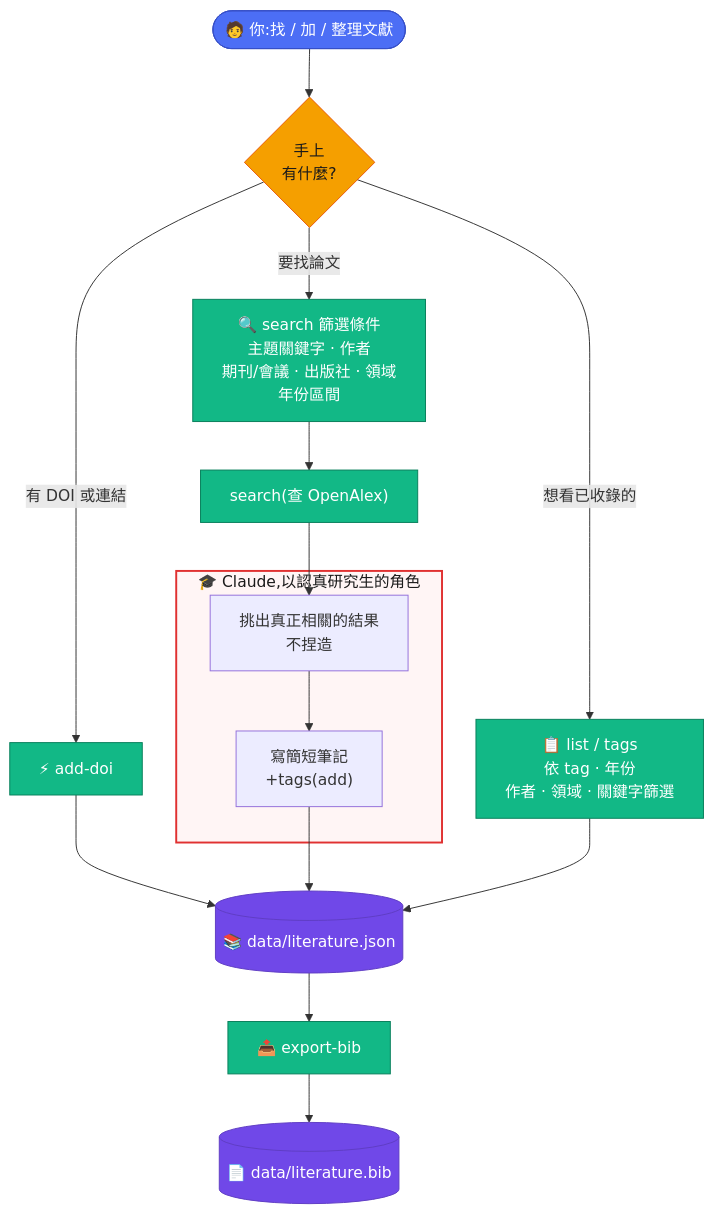
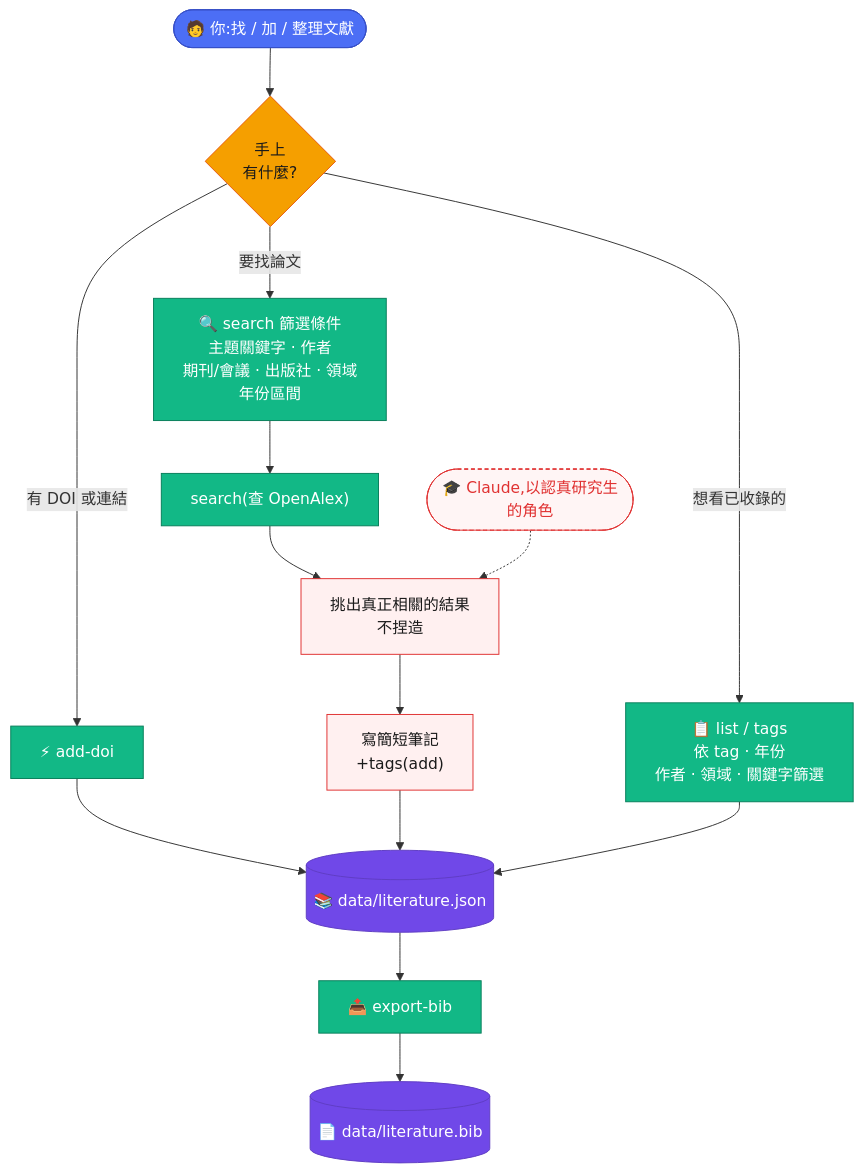
Before and after one commit to jacklin92/literature-skill: the diagram in README.zh-TW.md, drawn with Mermaid. The commit also changed 1 other file, not shown here.

Commit message:
Fix mermaid subgraph title overlapping the incoming arrow
The "Claude, as a conscientious grad student" subgraph's title text sat
right where the edge from search() entered the box, so the arrowhead
rendered on top of the label ("conscie<-arrow->tious"). Confirmed by
re-rendering at GitHub's actual narrow column width (760px), not just
my earlier wide test viewport where it happened not to collide.

Replaced the subgraph with a dashed annotation node pointing at the two
role-governed steps via a dotted (non-flow) edge, plus a distinct red
outline classDef on those two nodes - same information, no container
whose title can overlap a crossing edge.

Claude-Session: https://claude.ai/code/session_01X3Pk8YPgQy5vXRGuWMQUVx

````diff
--- a/README.zh-TW.md
+++ b/README.zh-TW.md
@@ -19,42 +19,43 @@
 ```mermaid
 flowchart TD
     U(["🧑 你:找 / 加 / 整理文獻"]) --> Q{手上
     有什麼?}
 
     Q -->|有 DOI 或連結| AD["⚡ add-doi"]
     Q -->|要找論文| SP["🔍 search 篩選條件
     主題關鍵字 · 作者
     期刊/會議 · 出版社 · 領域
     年份區間"]
     Q -->|想看已收錄的| L["📋 list / tags
     依 tag · 年份
     作者 · 領域 · 關鍵字篩選"]
 
     SP --> S["search(查 OpenAlex)"]
-    S --> R
-
-    subgraph ROLE["🎓 Claude,以認真研究生的角色"]
-        R["挑出真正相關的結果
-        不捏造"]
-        R --> AD2["寫簡短筆記
-        +tags(add)"]
-    end
+    S --> R["挑出真正相關的結果
+    不捏造"]
+    R --> AD2["寫簡短筆記
+    +tags(add)"]
+    ROLE(["🎓 Claude,以認真研究生
+    的角色"]) -.-> R
 
     AD --> J[("📚 data/literature.json")]
     AD2 --> J
     L --> J
 
     J --> B["📤 export-bib"]
     B --> F[("📄 data/literature.bib")]
 
     classDef input fill:#4c6ef5,stroke:#364fc7,color:#fff
     classDef action fill:#12b886,stroke:#087f5b,color:#fff
     classDef decision fill:#f59f00,stroke:#e8590c,color:#1a1a1a
     classDef store fill:#7048e8,stroke:#5f3dc4,color:#fff
+    classDef role fill:#fff0f0,stroke:#e03131,color:#1a1a1a
+    classDef roletag fill:#fff5f5,stroke:#e03131,stroke-dasharray:4 3,color:#e03131
 
     class U input
     class Q decision
     class AD,SP,S,L,B action
     class J,F store
-    style ROLE fill:#fff5f5,stroke:#e03131,stroke-width:2px,color:#1a1a1a
+    class R,AD2 role
+    class ROLE roletag
 ```
````
